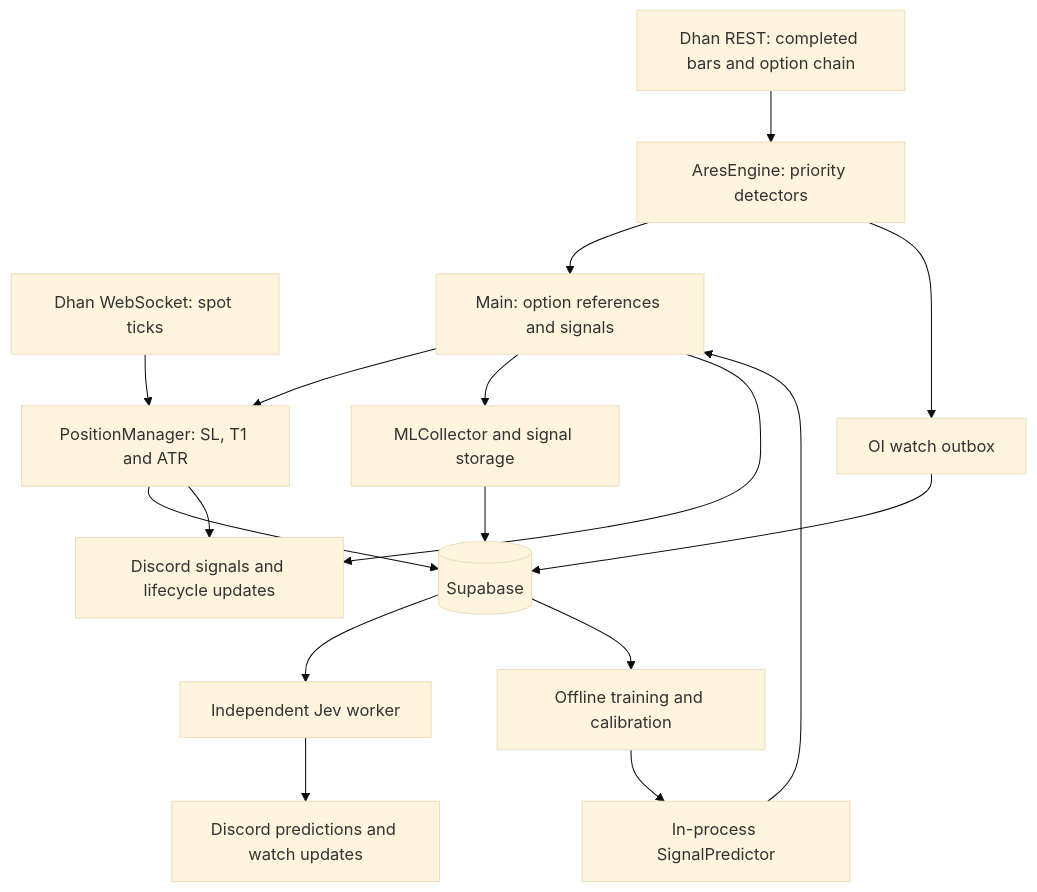
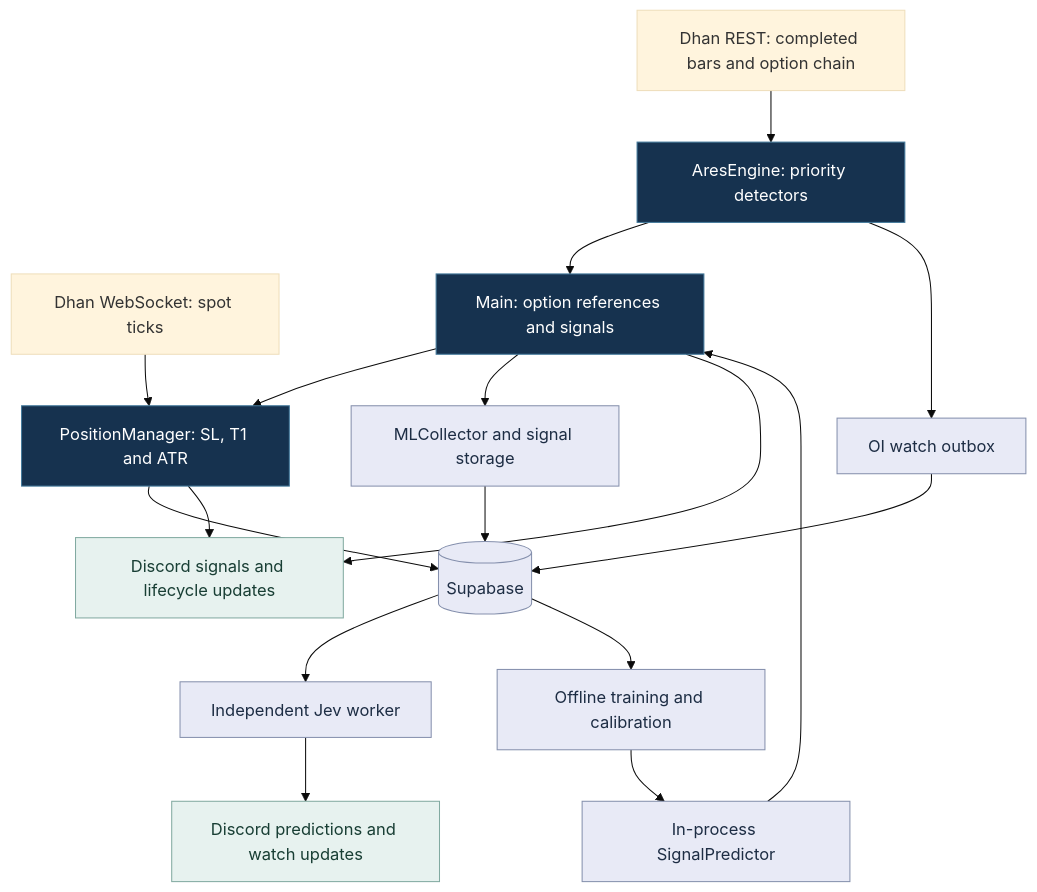
One commit to Manmade-Anyme/ARES changed the diagram in README.md. Above: the diagram before and after it, drawn with Mermaid (base theme). The commit also changed other lines of this file and 1 other file, not shown here.

````diff
--- a/README.md
+++ b/README.md
@@ -40,19 +57,26 @@
 ```mermaid
 flowchart TD
     REST["Dhan REST: completed bars and option chain"] --> ENGINE["AresEngine: priority detectors"]
     WS["Dhan WebSocket: spot ticks"] --> PM["PositionManager: SL, T1 and ATR"]
     ENGINE --> MAIN["Main: option references and signals"]
     MAIN --> PM
     MAIN --> COLLECT["MLCollector and signal storage"]
     ENGINE --> WATCH["OI watch outbox"]
     PM --> DB[("Supabase")]
     COLLECT --> DB
     WATCH --> DB
     DB --> JEV["Independent Jev worker"]
     JEV --> FORECAST["Discord predictions and watch updates"]
     DB --> TRAIN["Offline training and calibration"]
     TRAIN --> PREDICT["In-process SignalPredictor"]
     PREDICT --> MAIN
     MAIN --> ALERT["Discord signals and lifecycle updates"]
     PM --> ALERT
+
+    classDef core fill:#16324f,stroke:#457b9d,color:#ffffff
+    classDef data fill:#e8eaf6,stroke:#8590ad,color:#1d2d44
+    classDef output fill:#e7f2ef,stroke:#82aaa1,color:#183e34
+    class ENGINE,MAIN,PM core
+    class DB,COLLECT,WATCH,PREDICT,JEV,TRAIN data
+    class FORECAST,ALERT output
 ```
````
